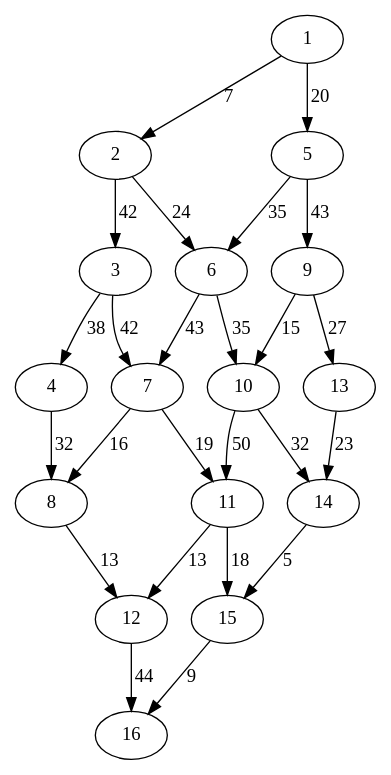
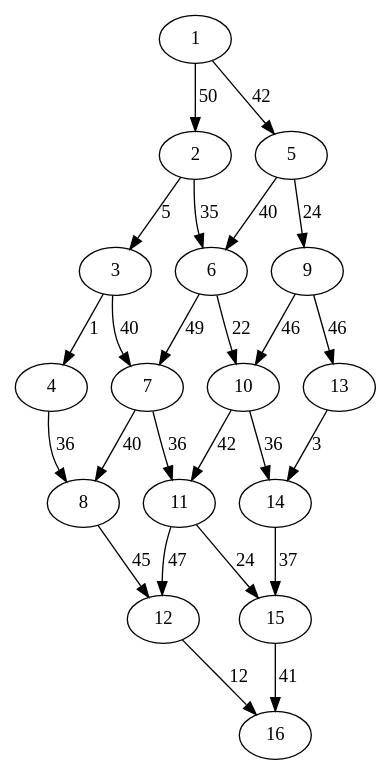
The diagram in graphviz/grafoMalla_m_4_n_4.gv (stormKx18/cic_algoritmos_proyecto4_Christian_Jaime), drawn with Graphviz before and after one commit. The commit also changed 19 other files, not shown here.

```diff
--- a/graphviz/grafoMalla_m_4_n_4.gv
+++ b/graphviz/grafoMalla_m_4_n_4.gv
@@ -1,42 +1,42 @@
 digraph grafoMalla_m_4_n_4 {
 1;
 2;
 3;
 4;
 5;
 6;
 7;
 8;
 9;
 10;
 11;
 12;
 13;
 14;
 15;
 16;
-1 -> 2[label=7 weight=7];
-1 -> 5[label=20 weight=20];
-2 -> 3[label=42 weight=42];
-2 -> 6[label=24 weight=24];
-3 -> 4[label=38 weight=38];
-3 -> 7[label=42 weight=42];
-4 -> 8[label=32 weight=32];
-5 -> 6[label=35 weight=35];
-5 -> 9[label=43 weight=43];
-6 -> 7[label=43 weight=43];
-6 -> 10[label=35 weight=35];
-7 -> 8[label=16 weight=16];
-7 -> 11[label=19 weight=19];
-8 -> 12[label=13 weight=13];
-9 -> 10[label=15 weight=15];
-9 -> 13[label=27 weight=27];
-10 -> 11[label=50 weight=50];
-10 -> 14[label=32 weight=32];
-11 -> 12[label=13 weight=13];
-11 -> 15[label=18 weight=18];
-12 -> 16[label=44 weight=44];
-13 -> 14[label=23 weight=23];
-14 -> 15[label=5 weight=5];
-15 -> 16[label=9 weight=9];
+1 -> 2[label=50 weight=50];
+1 -> 5[label=42 weight=42];
+2 -> 3[label=5 weight=5];
+2 -> 6[label=35 weight=35];
+3 -> 4[label=1 weight=1];
+3 -> 7[label=40 weight=40];
+4 -> 8[label=36 weight=36];
+5 -> 6[label=40 weight=40];
+5 -> 9[label=24 weight=24];
+6 -> 7[label=49 weight=49];
+6 -> 10[label=22 weight=22];
+7 -> 8[label=40 weight=40];
+7 -> 11[label=36 weight=36];
+8 -> 12[label=45 weight=45];
+9 -> 10[label=46 weight=46];
+9 -> 13[label=46 weight=46];
+10 -> 11[label=42 weight=42];
+10 -> 14[label=36 weight=36];
+11 -> 12[label=47 weight=47];
+11 -> 15[label=24 weight=24];
+12 -> 16[label=12 weight=12];
+13 -> 14[label=3 weight=3];
+14 -> 15[label=37 weight=37];
+15 -> 16[label=41 weight=41];
 }
```
